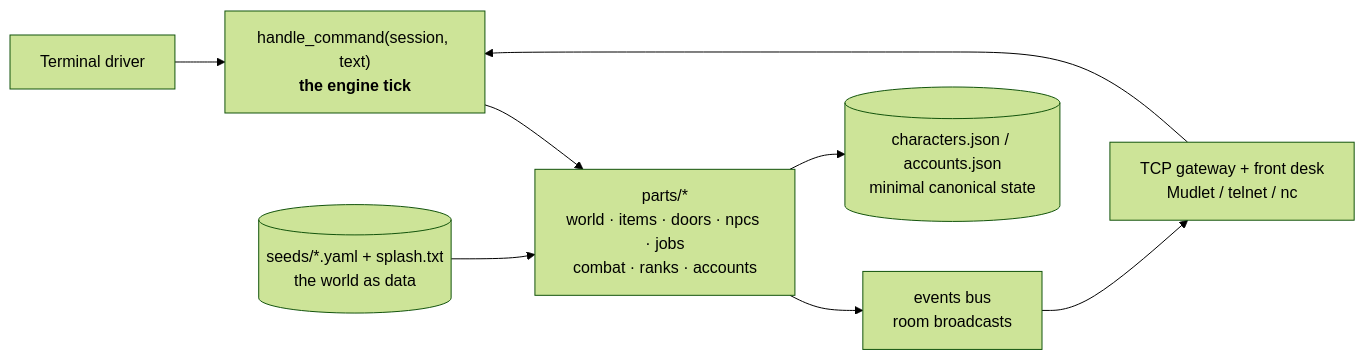
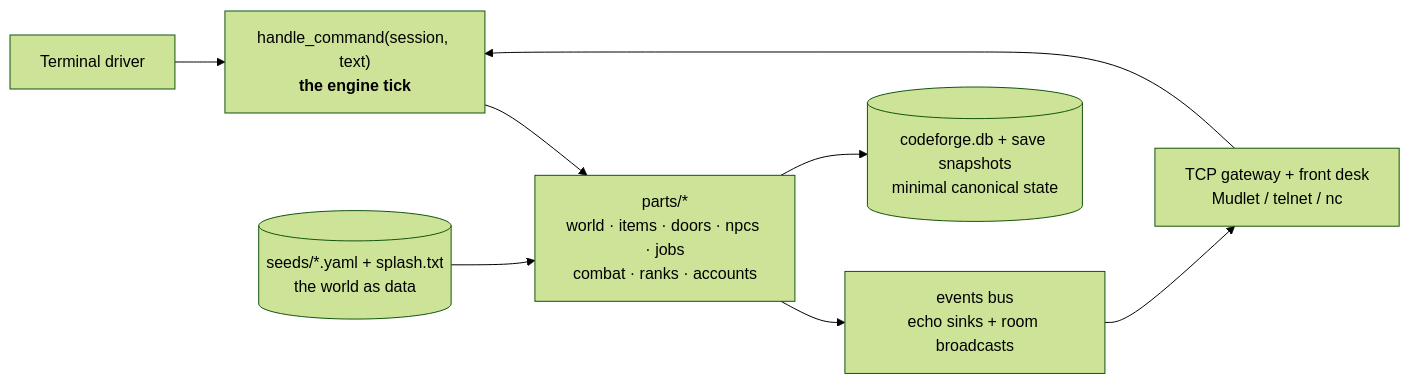
Before and after one commit to MatrymLabs/codeforge: the diagram in README.md, drawn with Mermaid (forest theme). The commit also changed other lines of this file and 35 other files, not shown here.

````diff
--- a/README.md
+++ b/README.md
@@ -52,11 +52,11 @@
 ```mermaid
 flowchart LR
     T[Terminal driver] --> H
     G[TCP gateway + front desk<br/>Mudlet / telnet / nc] --> H
     H["handle_command(session, text)<br/><b>the engine tick</b>"]
     H --> P[parts/*<br/>world · items · doors · npcs · jobs<br/>combat · ranks · accounts]
-    P --> E[events bus<br/>room broadcasts]
+    P --> E[events bus<br/>echo sinks + room broadcasts]
     E --> G
     S[(seeds/*.yaml + splash.txt<br/>the world as data)] --> P
-    P --> C[(characters.json / accounts.json<br/>minimal canonical state)]
+    P --> C[(codeforge.db + save snapshots<br/>minimal canonical state)]
 ```
````
